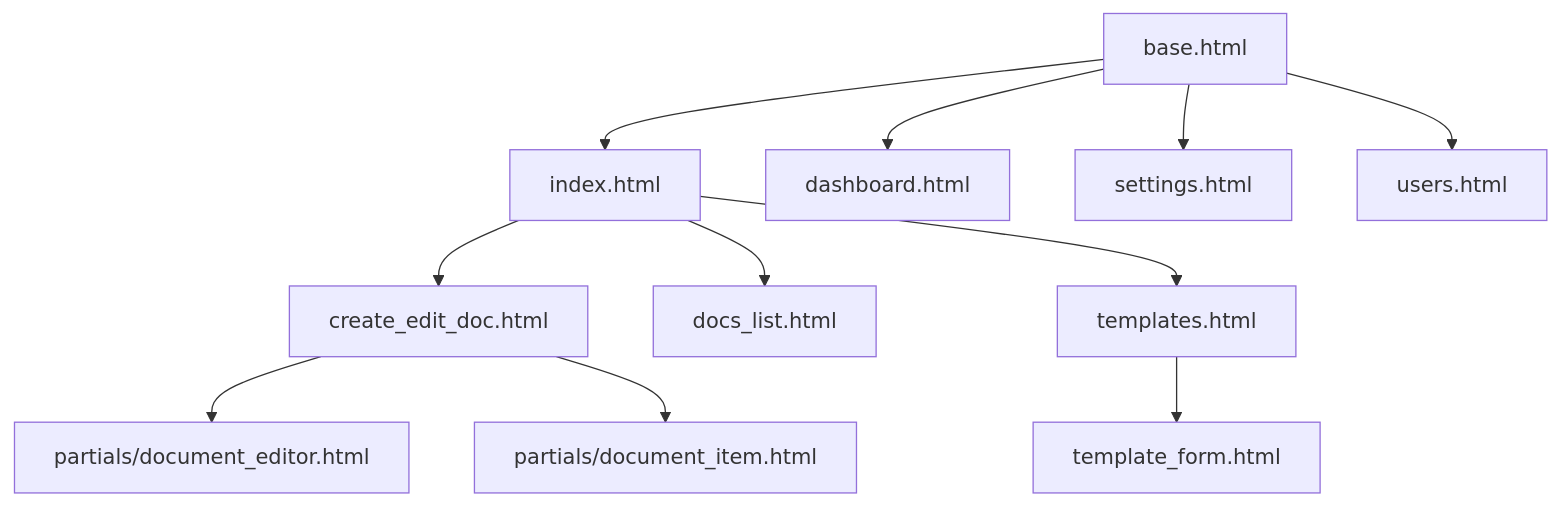
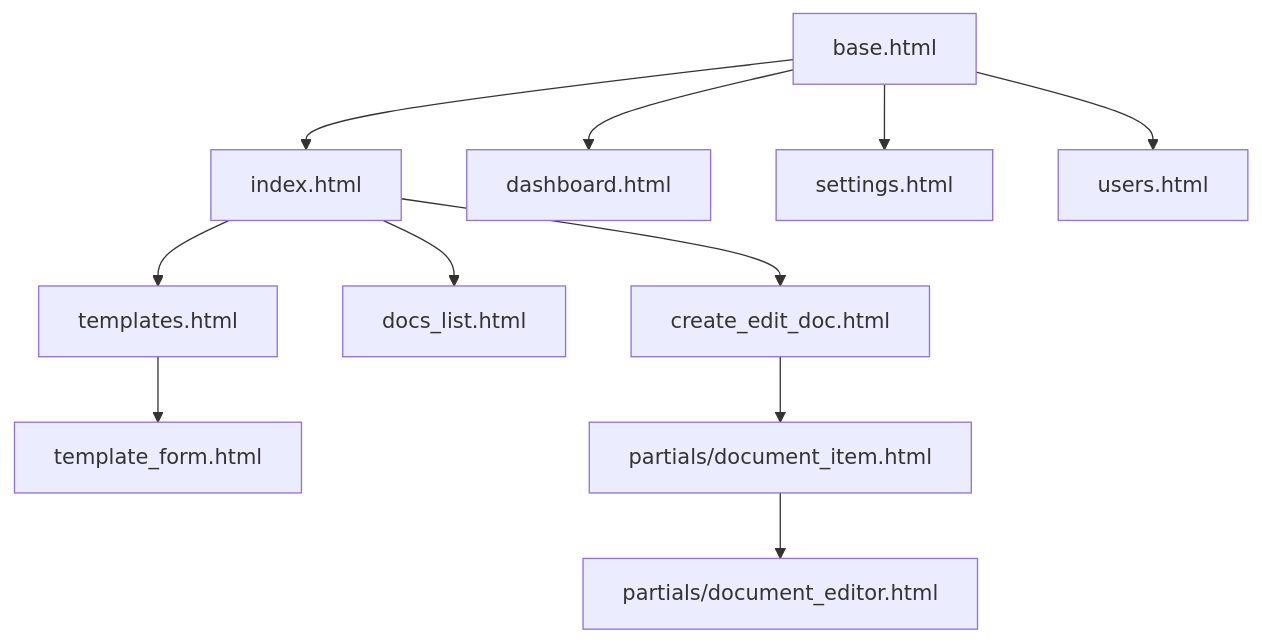
Before and after one commit to nik-x625/test2: the ninth of 11 diagrams in README.md, drawn with Mermaid.

Commit message:
readme update

````diff
--- a/README.md
+++ b/README.md
@@ -200,13 +200,13 @@
 ```mermaid
 graph TD
     A[base.html] --> B[index.html]
     A --> C[dashboard.html]
     A --> D[settings.html]
     A --> E[users.html]
     B --> F[create_edit_doc.html]
     B --> G[docs_list.html]
     B --> H[templates.html]
     H --> I[template_form.html]
-    F --> J[partials/document_editor.html]
     F --> K[partials/document_item.html]
+    K --> J[partials/document_editor.html]
 ```
````
